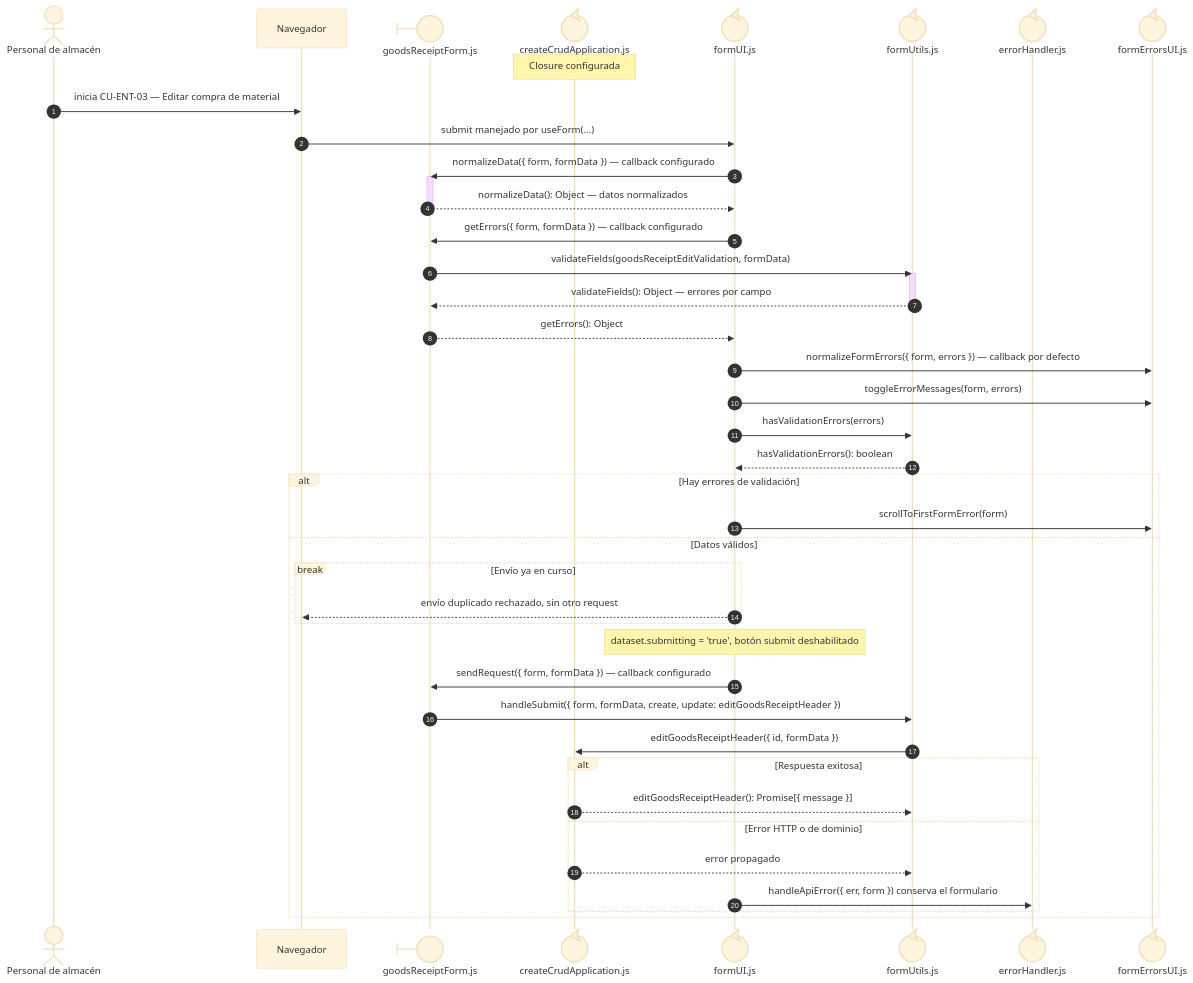
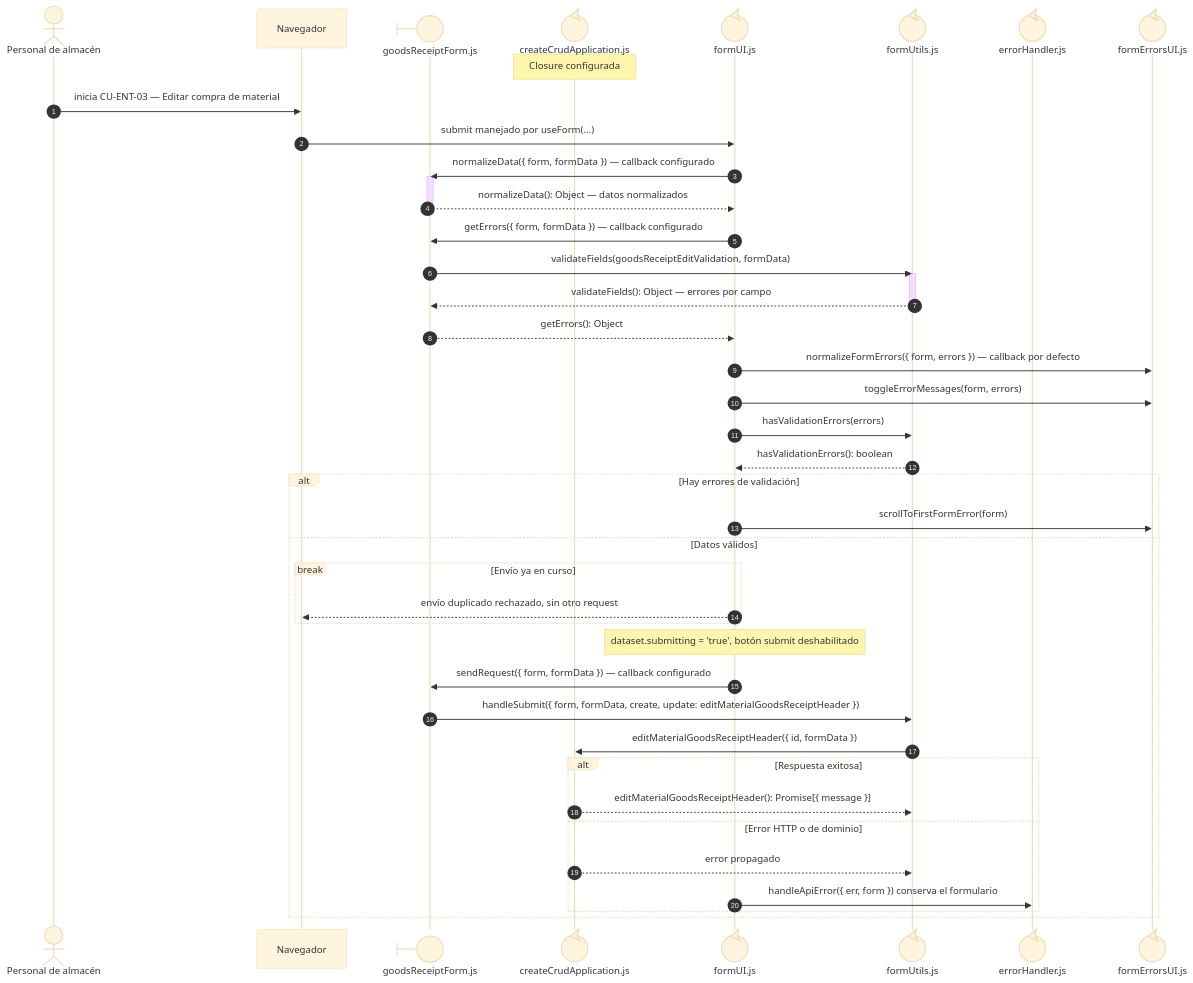
One commit to gpgsistemas01/nexus changed the second of 3 diagrams in docs/architecture/views/processes/frontend-code-sequences/purchases/cu-ent-03.md. Above: the diagram before and after it, drawn with Mermaid (base theme). The commit also changed other lines of this file and 142 other files, not shown here.

````diff
--- a/docs/architecture/views/processes/frontend-code-sequences/purchases/cu-ent-03.md
+++ b/docs/architecture/views/processes/frontend-code-sequences/purchases/cu-ent-03.md
@@ -130,48 +131,48 @@
 ```mermaid
 sequenceDiagram
     autonumber
     actor Initiator as Personal de almacén
     participant Browser as Navegador
     participant View@{ "type": "boundary" } as goodsReceiptForm.js
     participant Application@{ "type": "control" } as createCrudApplication.js
     participant Form@{ "type": "control" } as formUI.js
     participant FormUtils@{ "type": "control" } as formUtils.js
 
     participant FileErrorHandler@{ "type": "control" } as errorHandler.js
     participant FileFormErrorsUI@{ "type": "control" } as formErrorsUI.js
 
     Note over Application: Closure configurada
     Initiator->>Browser: inicia CU-ENT-03 — Editar compra de material
     Browser->>Form: submit manejado por useForm(...)
     Form->>View: normalizeData({ form, formData }) — callback configurado
     activate View
     View-->>Form: normalizeData(): Object — datos normalizados
     deactivate View
     Form->>View: getErrors({ form, formData }) — callback configurado
     View->>FormUtils: validateFields(goodsReceiptEditValidation, formData)
     activate FormUtils
     FormUtils-->>View: validateFields(): Object — errores por campo
     deactivate FormUtils
     View-->>Form: getErrors(): Object
     Form->>FileFormErrorsUI: normalizeFormErrors({ form, errors }) — callback por defecto
     Form->>FileFormErrorsUI: toggleErrorMessages(form, errors)
     Form->>FormUtils: hasValidationErrors(errors)
     FormUtils-->>Form: hasValidationErrors(): boolean
     alt Hay errores de validación
         Form->>FileFormErrorsUI: scrollToFirstFormError(form)
     else Datos válidos
         break Envío ya en curso
             Form-->>Browser: envío duplicado rechazado, sin otro request
     end
         Note over Form: dataset.submitting = 'true', botón submit deshabilitado
         Form->>View: sendRequest({ form, formData }) — callback configurado
-        View->>FormUtils: handleSubmit({ form, formData, create, update: editGoodsReceiptHeader })
-        FormUtils->>Application: editGoodsReceiptHeader({ id, formData })
+        View->>FormUtils: handleSubmit({ form, formData, create, update: editMaterialGoodsReceiptHeader })
+        FormUtils->>Application: editMaterialGoodsReceiptHeader({ id, formData })
         alt Respuesta exitosa
-            Application-->>FormUtils: editGoodsReceiptHeader(): Promise[{ message }]
+            Application-->>FormUtils: editMaterialGoodsReceiptHeader(): Promise[{ message }]
         else Error HTTP o de dominio
             Application-->>FormUtils: error propagado
             Form->>FileErrorHandler: handleApiError({ err, form }) conserva el formulario
     end
     end
 ```
````
